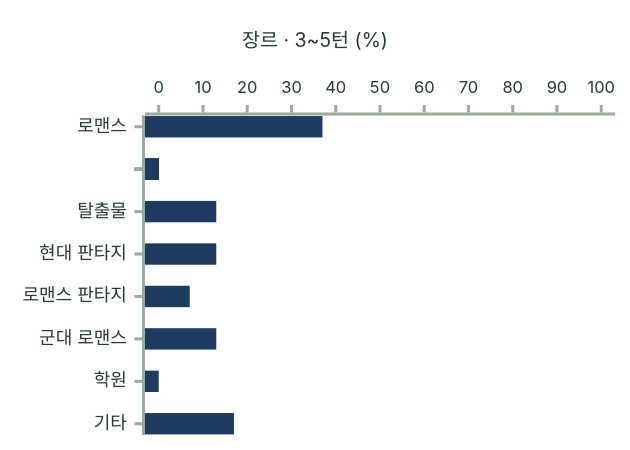
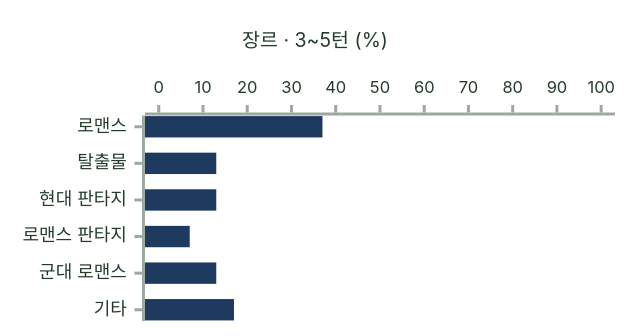
Diagram 14 of 16 in docs/AI/CHAT/6-4-AI-EVALUATION-METHOD.md (KIM-N-KANG/knk-harness), drawn with Mermaid before and after one commit. The commit also changed other lines of this file, not shown here.

````diff
--- a/docs/AI/CHAT/6-4-AI-EVALUATION-METHOD.md
+++ b/docs/AI/CHAT/6-4-AI-EVALUATION-METHOD.md
@@ -231,8 +231,8 @@
 ```mermaid
-%%{init: {"theme": "base", "xyChart": {"width": 400, "height": 280, "titleFontSize": 13, "xAxis": {"labelFontSize": 12}, "yAxis": {"labelFontSize": 11, "showTitle": false}}, "themeVariables": {"xyChart": {"backgroundColor": "#FFFFFF", "titleColor": "#253C2C", "xAxisLabelColor": "#253C2C", "xAxisLineColor": "#9BA99E", "xAxisTickColor": "#9BA99E", "yAxisLabelColor": "#253C2C", "yAxisLineColor": "#9BA99E", "yAxisTickColor": "#9BA99E", "plotColorPalette": "#1F3A5F"}}}}%%
+%%{init: {"theme": "base", "xyChart": {"width": 400, "height": 204, "titleFontSize": 13, "xAxis": {"labelFontSize": 12}, "yAxis": {"labelFontSize": 11, "showTitle": false}}, "themeVariables": {"xyChart": {"backgroundColor": "#FFFFFF", "titleColor": "#253C2C", "xAxisLabelColor": "#253C2C", "xAxisLineColor": "#9BA99E", "xAxisTickColor": "#9BA99E", "yAxisLabelColor": "#253C2C", "yAxisLineColor": "#9BA99E", "yAxisTickColor": "#9BA99E", "plotColorPalette": "#1F3A5F"}}}}%%
 xychart-beta horizontal
     title "장르 · 3~5턴 (%)"
-    x-axis ["로맨스", " ", "탈출물", "  ", "현대 판타지", "   ", "로맨스 판타지", "    ", "군대 로맨스", "     ", "학원", "      ", "기타"]
+    x-axis ["로맨스", "탈출물", "현대 판타지", "로맨스 판타지", "군대 로맨스", "기타"]
     y-axis 0 --> 100
-    bar [37, 0, 13, 0, 13, 0, 7, 0, 13, 0, 0, 0, 17]
+    bar [37, 13, 13, 7, 13, 17]
 ```
````
